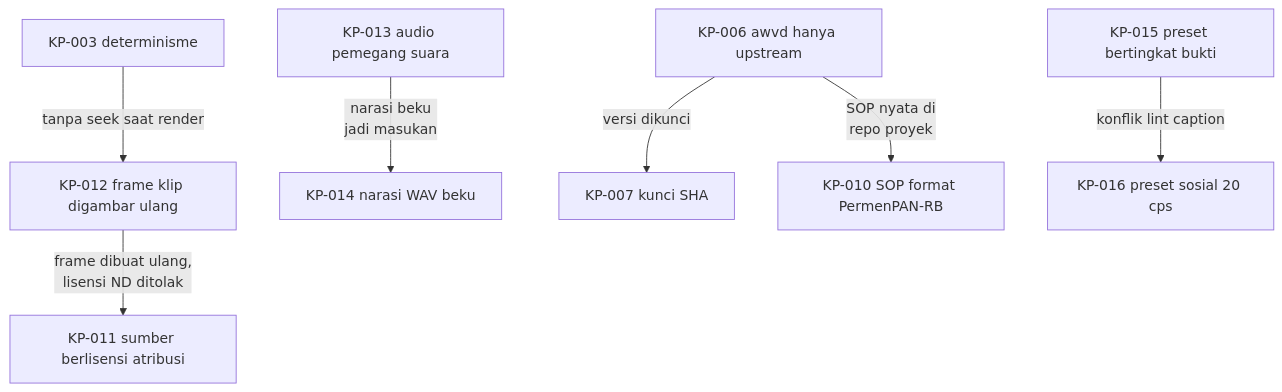
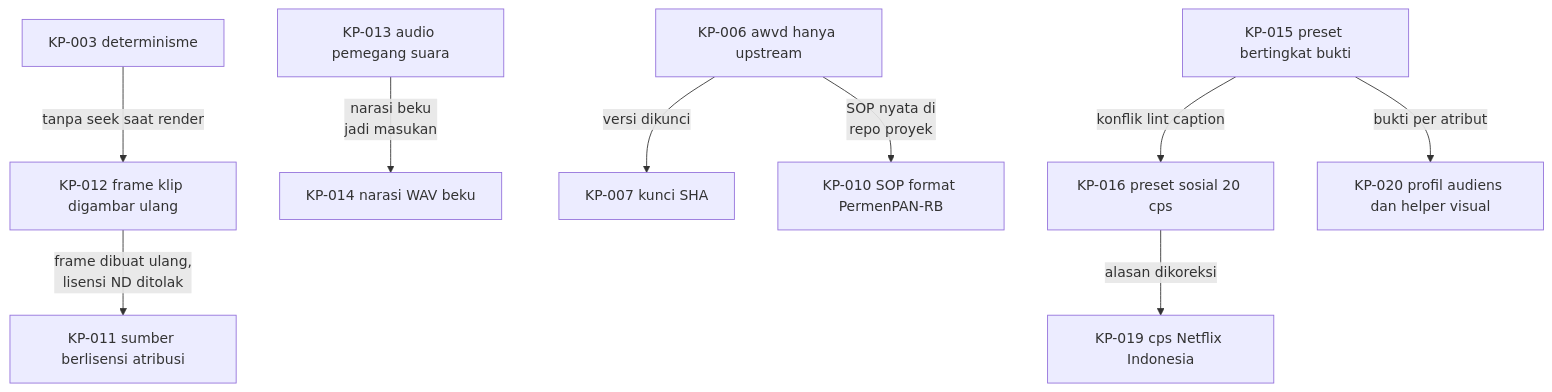
Before and after one commit to ahliweb/awvd: the diagram in docs/log-keputusan.md, drawn with Mermaid. The commit also changed other lines of this file and 22 other files, not shown here.

Commit message:
feat: pemeriksa visual dan profil audiens (buta warna, CIEDE2000, palet, ukuran teks, cps)

````diff
--- a/docs/log-keputusan.md
+++ b/docs/log-keputusan.md
@@ -13,9 +13,11 @@
 ```mermaid
 flowchart TD
     KP3[KP-003 determinisme] -->|tanpa seek saat render| KP12[KP-012 frame klip digambar ulang]
     KP12 -->|frame dibuat ulang,<br/>lisensi ND ditolak| KP11[KP-011 sumber berlisensi atribusi]
     KP13[KP-013 audio pemegang suara] -->|narasi beku<br/>jadi masukan| KP14[KP-014 narasi WAV beku]
     KP6[KP-006 awvd hanya upstream] -->|versi dikunci| KP7[KP-007 kunci SHA]
     KP6 -->|SOP nyata di<br/>repo proyek| KP10[KP-010 SOP format PermenPAN-RB]
     KP15[KP-015 preset bertingkat bukti] -->|konflik lint caption| KP16[KP-016 preset sosial 20 cps]
+    KP16 -->|alasan dikoreksi| KP19[KP-019 cps Netflix Indonesia]
+    KP15 -->|bukti per atribut| KP20[KP-020 profil audiens dan helper visual]
 ```
````
